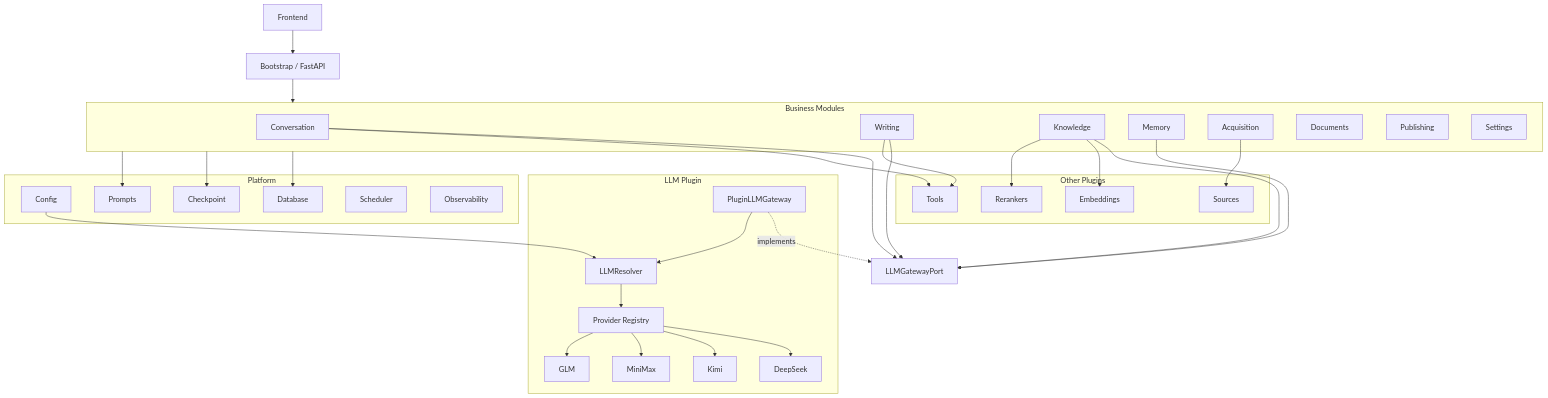
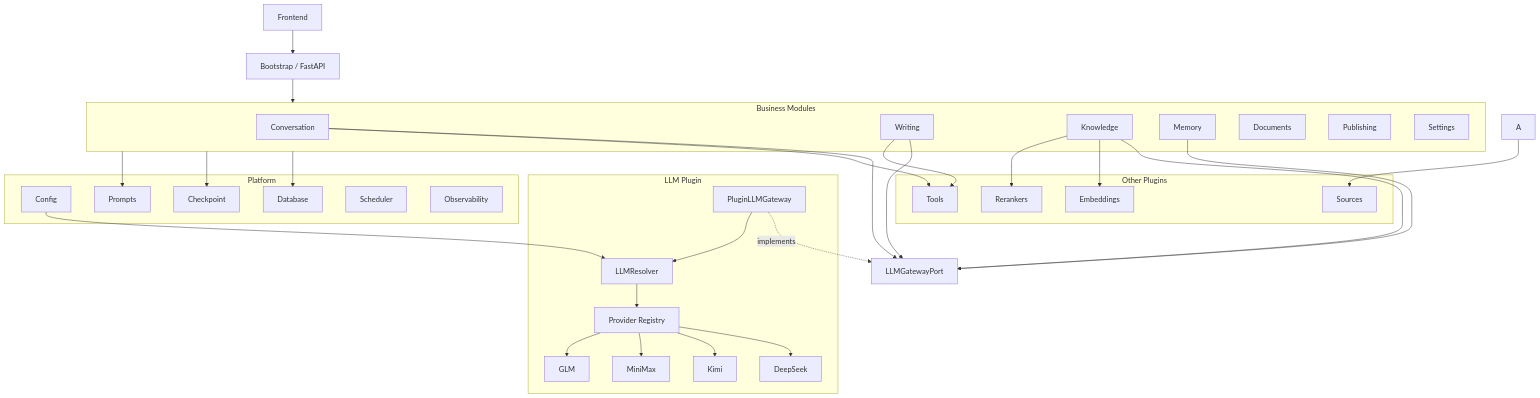
Before and after one commit to LiuSandy/content-answer-workspace: the third of 3 diagrams in docs/v2-refactor-prompt.md, drawn with Mermaid. The commit also changed other lines of this file and 91 other files, not shown here.

````diff
--- a/docs/v2-refactor-prompt.md
+++ b/docs/v2-refactor-prompt.md
@@ -1674,79 +1667,78 @@
 ```mermaid
 flowchart TB
 
     FE["Frontend"]
 
     BOOT["Bootstrap / FastAPI"]
 
     subgraph MODULES["Business Modules"]
         C["Conversation"]
         W["Writing"]
         K["Knowledge"]
         M["Memory"]
-        A["Acquisition"]
         D["Documents"]
         P["Publishing"]
         S["Settings"]
     end
 
     LLM_PORT["LLMGatewayPort"]
 
     subgraph LLM_PLUGIN["LLM Plugin"]
         GW["PluginLLMGateway"]
         RES["LLMResolver"]
         REG["Provider Registry"]
 
         DS["DeepSeek"]
         KI["Kimi"]
         MM["MiniMax"]
         GL["GLM"]
     end
 
     subgraph OTHER_PLUGINS["Other Plugins"]
         TOOL["Tools"]
         SOURCE["Sources"]
         EMB["Embeddings"]
         RR["Rerankers"]
     end
 
     subgraph PLATFORM["Platform"]
         CONFIG["Config"]
         DB["Database"]
         CHECKPOINT["Checkpoint"]
         PROMPTS["Prompts"]
         SCHED["Scheduler"]
         OBS["Observability"]
     end
 
     FE --> BOOT
     BOOT --> MODULES
 
     C --> LLM_PORT
     W --> LLM_PORT
     M --> LLM_PORT
     K --> LLM_PORT
 
     GW -. implements .-> LLM_PORT
 
     GW --> RES
     RES --> REG
 
     REG --> DS
     REG --> KI
     REG --> MM
     REG --> GL
 
     C --> TOOL
     W --> TOOL
 
     A --> SOURCE
 
     K --> EMB
     K --> RR
 
     MODULES --> DB
     MODULES --> CHECKPOINT
     MODULES --> PROMPTS
 
     CONFIG --> RES
 ```
````
